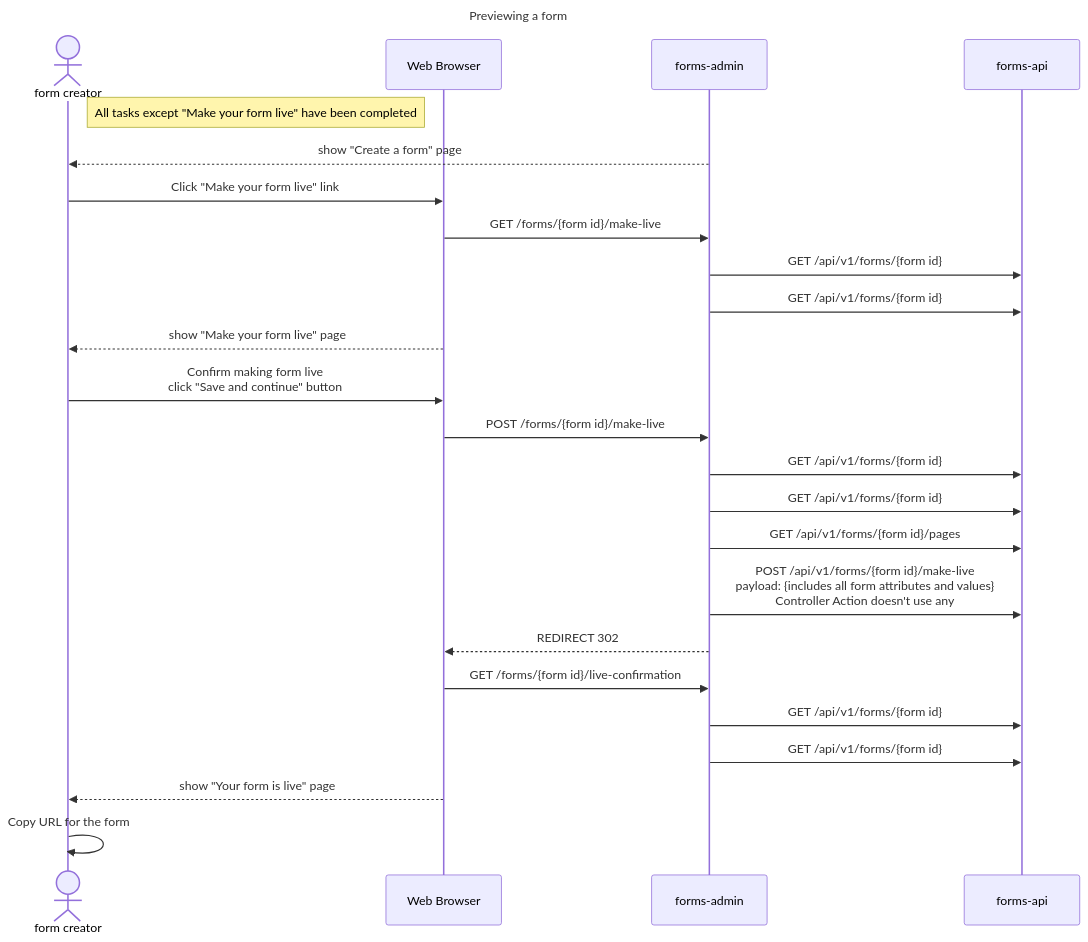
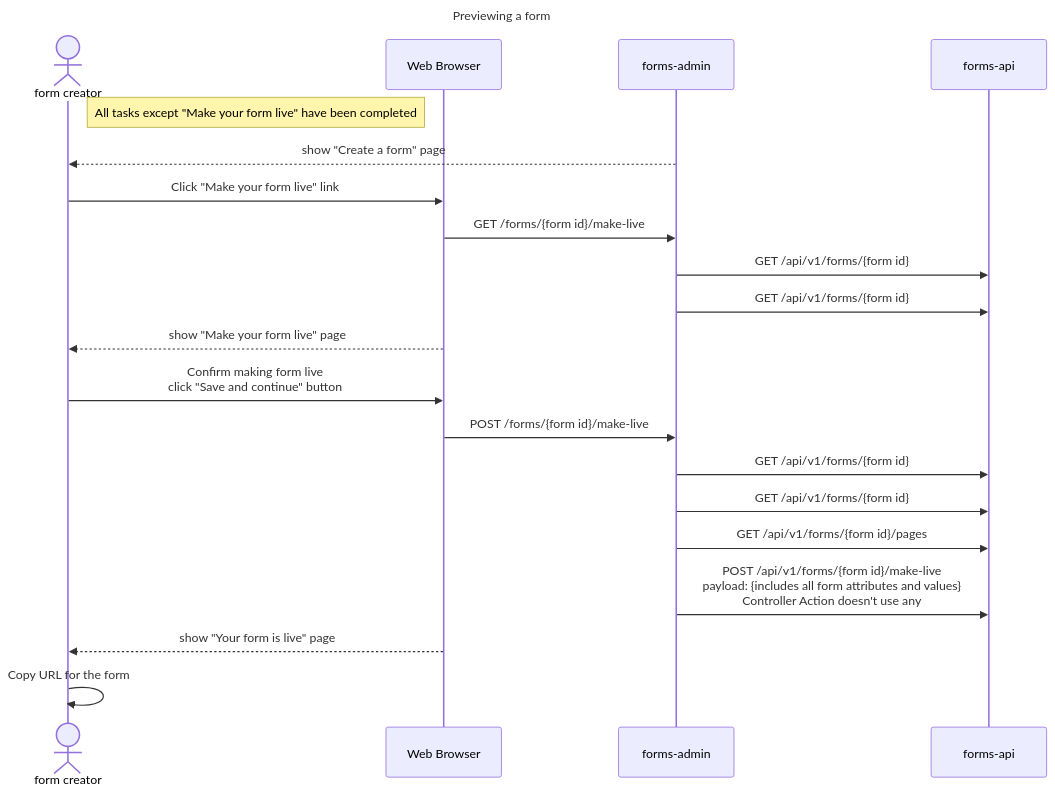
One commit to alphagov/forms changed the first of 2 diagrams in diagrams/sequence-diagrams/publishing-a-form.md. Above: the diagram before and after it, drawn with Mermaid. The commit also changed 1 other file, not shown here.

Commit message:
Update for forms-admin PR #331
Updates the sequence diagrams to include the changes from PR
alphagov/forms-admin#331, which removes the
`/forms/{form-id}/live-confirmation` endpoint and the redirect to that
page in favour of immediately rendering the confirmation page.

````diff
--- a/diagrams/sequence-diagrams/publishing-a-form.md
+++ b/diagrams/sequence-diagrams/publishing-a-form.md
@@ -3,33 +3,29 @@
 ```mermaid 
 sequenceDiagram
   title Previewing a form
   actor user as form creator
   participant browser as Web Browser
   participant admin as forms-admin
   link admin: GitHub repo @ https://github.com/alphagov/forms-admin   
   participant api as forms-api
   link api: GitHub repo @ https://github.com/alphagov/forms-api  
 
   note right of user: All tasks except "Make your form live" have been completed
 
   admin-->>user: show "Create a form" page
   user->>browser: Click "Make your form live" link
   browser->>admin: GET /forms/{form id}/make-live
   admin->>api: GET /api/v1/forms/{form id}
   admin->>api: GET /api/v1/forms/{form id}
   browser-->>user: show "Make your form live" page
 
   user->>browser: Confirm making form live<br />click "Save and continue" button
   browser->>admin: POST /forms/{form id}/make-live
   admin->>api: GET /api/v1/forms/{form id}
   admin->>api: GET /api/v1/forms/{form id}
   admin->>api: GET /api/v1/forms/{form id}/pages
   admin->>api: POST /api/v1/forms/{form id}/make-live<br>payload: {includes all form attributes and values}<br>Controller Action doesn't use any
-  admin-->>browser: REDIRECT 302
-  browser->>admin: GET /forms/{form id}/live-confirmation
-  admin->>api: GET /api/v1/forms/{form id}
-  admin->>api: GET /api/v1/forms/{form id}
   browser-->>user: show "Your form is live" page
   user->>user: Copy URL for the form
 
 ```
````
